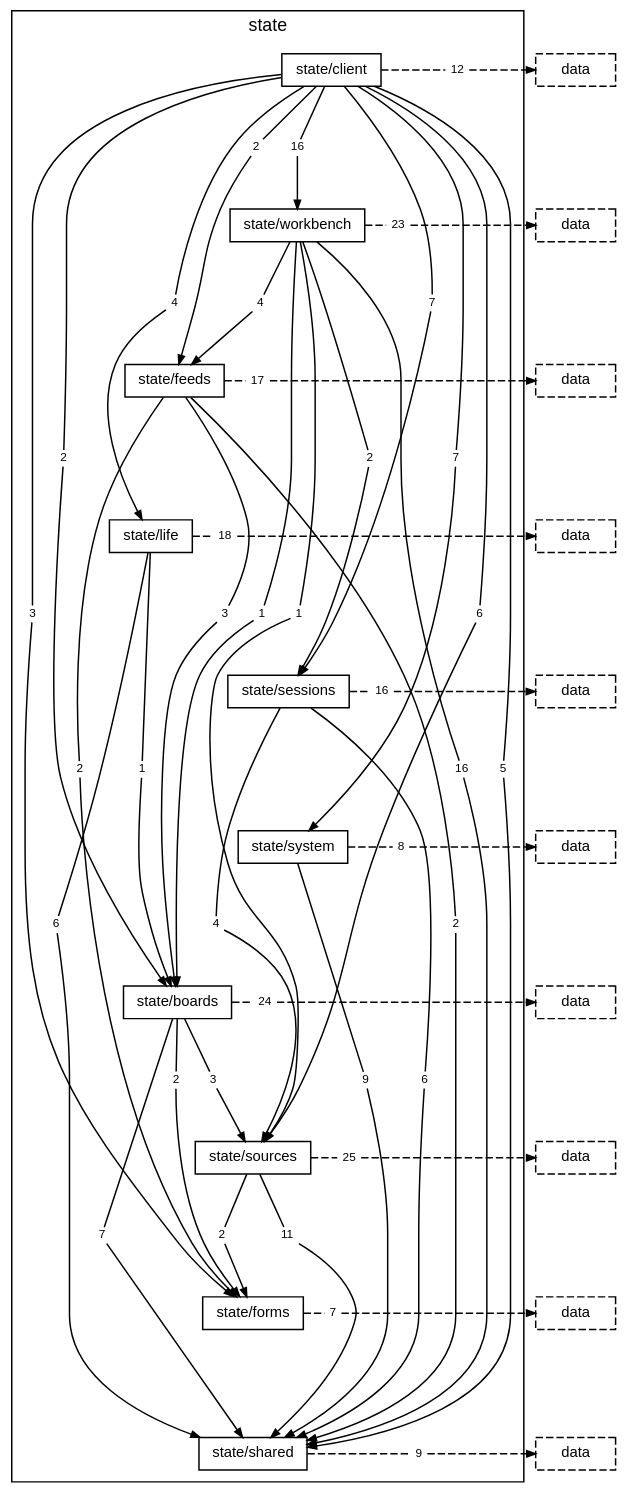
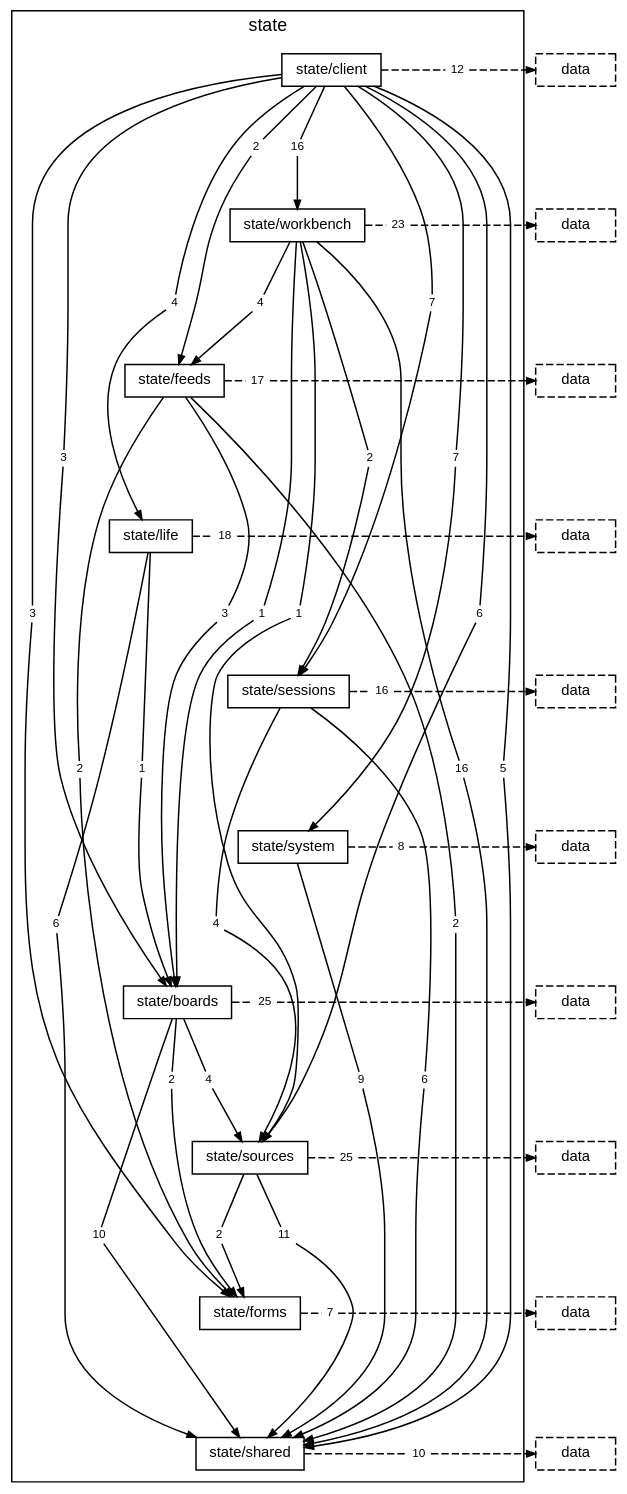
Before and after one commit to TheAxeC/oculus: the diagram in docs/diagrams/layer-state.dot, drawn with Graphviz. The commit also changed 95 other files, not shown here.

```diff
--- a/docs/diagrams/layer-state.dot
+++ b/docs/diagrams/layer-state.dot
@@ -14,7 +14,7 @@
         "folder state/sources" [label="state/sources"];
         "folder state/forms" [label="state/forms"];
         "folder state/shared" [label="state/shared"];
-        "folder state/client to folder state/boards" [label="2", shape=box, color="transparent", fontsize=8, width=0, height=0, margin="0.04,0.02"];
+        "folder state/client to folder state/boards" [label="3", shape=box, color="transparent", fontsize=8, width=0, height=0, margin="0.04,0.02"];
         "folder state/client to folder state/feeds" [label="2", shape=box, color="transparent", fontsize=8, width=0, height=0, margin="0.04,0.02"];
         "folder state/client to folder state/forms" [label="3", shape=box, color="transparent", fontsize=8, width=0, height=0, margin="0.04,0.02"];
         "folder state/client to folder state/life" [label="4", shape=box, color="transparent", fontsize=8, width=0, height=0, margin="0.04,0.02"];
@@ -43,14 +43,14 @@
         "folder state/system to folder state/shared" [label="9", shape=box, color="transparent", fontsize=8, width=0, height=0, margin="0.04,0.02"];
         "folder state/system to layer data" [label="8", shape=box, color="transparent", fontsize=8, width=0, height=0, margin="0.04,0.02"];
         "folder state/boards to folder state/forms" [label="2", shape=box, color="transparent", fontsize=8, width=0, height=0, margin="0.04,0.02"];
-        "folder state/boards to folder state/shared" [label="7", shape=box, color="transparent", fontsize=8, width=0, height=0, margin="0.04,0.02"];
-        "folder state/boards to folder state/sources" [label="3", shape=box, color="transparent", fontsize=8, width=0, height=0, margin="0.04,0.02"];
-        "folder state/boards to layer data" [label="24", shape=box, color="transparent", fontsize=8, width=0, height=0, margin="0.04,0.02"];
+        "folder state/boards to folder state/shared" [label="10", shape=box, color="transparent", fontsize=8, width=0, height=0, margin="0.04,0.02"];
+        "folder state/boards to folder state/sources" [label="4", shape=box, color="transparent", fontsize=8, width=0, height=0, margin="0.04,0.02"];
+        "folder state/boards to layer data" [label="25", shape=box, color="transparent", fontsize=8, width=0, height=0, margin="0.04,0.02"];
         "folder state/sources to folder state/forms" [label="2", shape=box, color="transparent", fontsize=8, width=0, height=0, margin="0.04,0.02"];
         "folder state/sources to folder state/shared" [label="11", shape=box, color="transparent", fontsize=8, width=0, height=0, margin="0.04,0.02"];
         "folder state/sources to layer data" [label="25", shape=box, color="transparent", fontsize=8, width=0, height=0, margin="0.04,0.02"];
         "folder state/forms to layer data" [label="7", shape=box, color="transparent", fontsize=8, width=0, height=0, margin="0.04,0.02"];
-        "folder state/shared to layer data" [label="9", shape=box, color="transparent", fontsize=8, width=0, height=0, margin="0.04,0.02"];
+        "folder state/shared to layer data" [label="10", shape=box, color="transparent", fontsize=8, width=0, height=0, margin="0.04,0.02"];
     }
     "layer data from folder state/client" [label="data", style=dashed];
     "layer data from folder state/workbench" [label="data", style=dashed];
```
